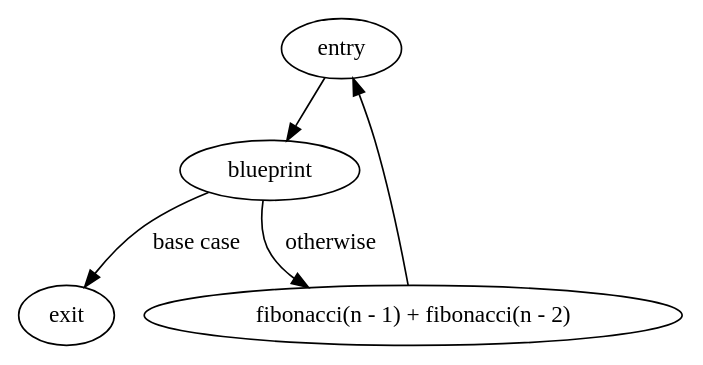
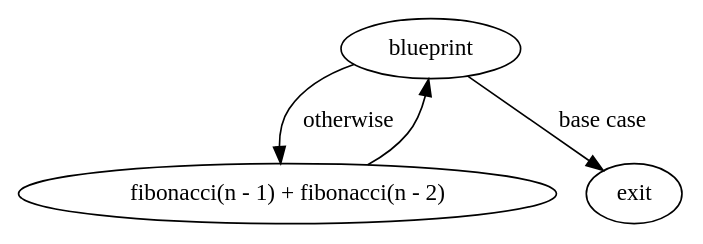
The first of 4 diagrams in examples/fibonacci/fibonacci.md (twanman1412/blueprintScript), drawn with Graphviz before and after one commit. The commit also changed other lines of this file and 7 other files, not shown here.

````diff
--- a/examples/fibonacci/fibonacci.md
+++ b/examples/fibonacci/fibonacci.md
@@ -6,13 +6,11 @@
 ```dot
 digraph "CFG for fibonacci.bps" {
-    entry [label="entry"];
     blueprint [label="blueprint"];
     body [label="fibonacci(n - 1) + fibonacci(n - 2)"];
     exit [label="exit"];
 
-    entry -> blueprint;
     blueprint -> exit [label="base case"];
     blueprint -> body [label="otherwise"];
-    body -> entry;
+    body -> blueprint;
 }
 ```
````
